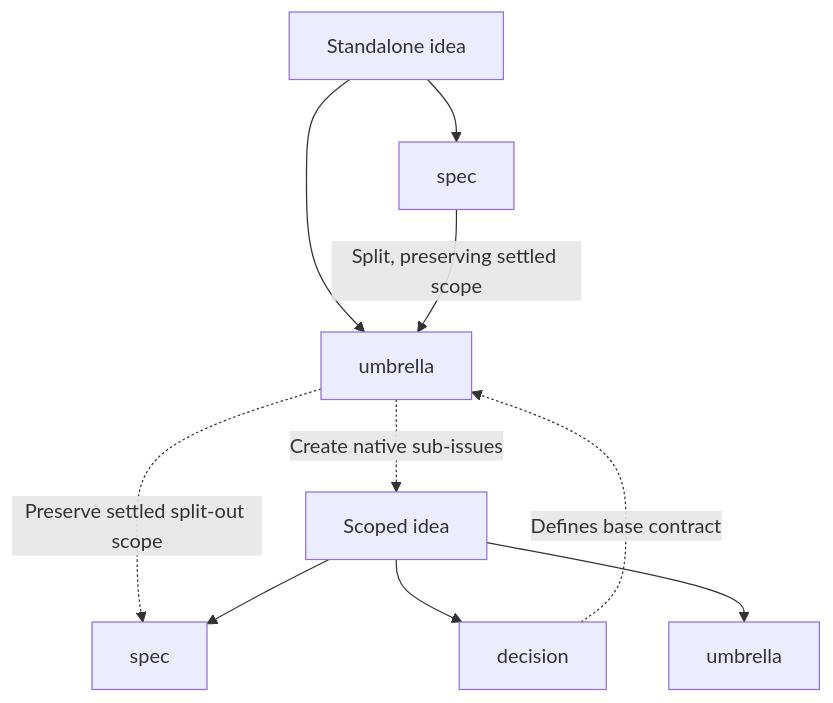
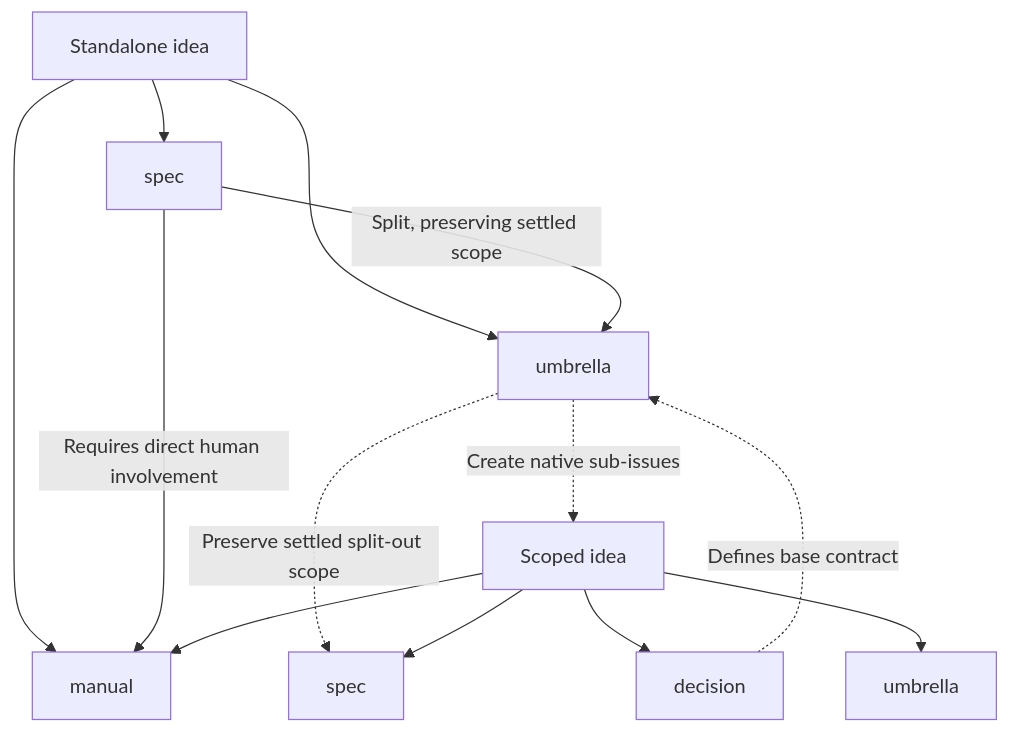
Before and after one commit to dhhyi/recipe-db: the diagram in CONTRIBUTING.md, drawn with Mermaid. The commit also changed other lines of this file and 2 other files, not shown here.

First line of the commit message:
Add manual workflow type for operator-owned issues

````diff
--- a/CONTRIBUTING.md
+++ b/CONTRIBUTING.md
@@ -35,12 +36,15 @@
 ```mermaid
 flowchart TD
     Idea[Standalone idea] --> Spec[spec]
     Idea --> Umbrella[umbrella]
+    Idea --> Manual[manual]
+    Spec -->|Requires direct human involvement| Manual
     Spec -->|Split, preserving settled scope| Umbrella
     Umbrella -.->|Create native sub-issues| Child[Scoped idea]
     Umbrella -.->|Preserve settled split-out scope| ChildSpec[spec]
     Child --> ChildSpec[spec]
+    Child --> Manual
     Child --> Decision[decision]
     Child --> Nested[umbrella]
     Decision -.->|Defines base contract| Umbrella
 ```
````
